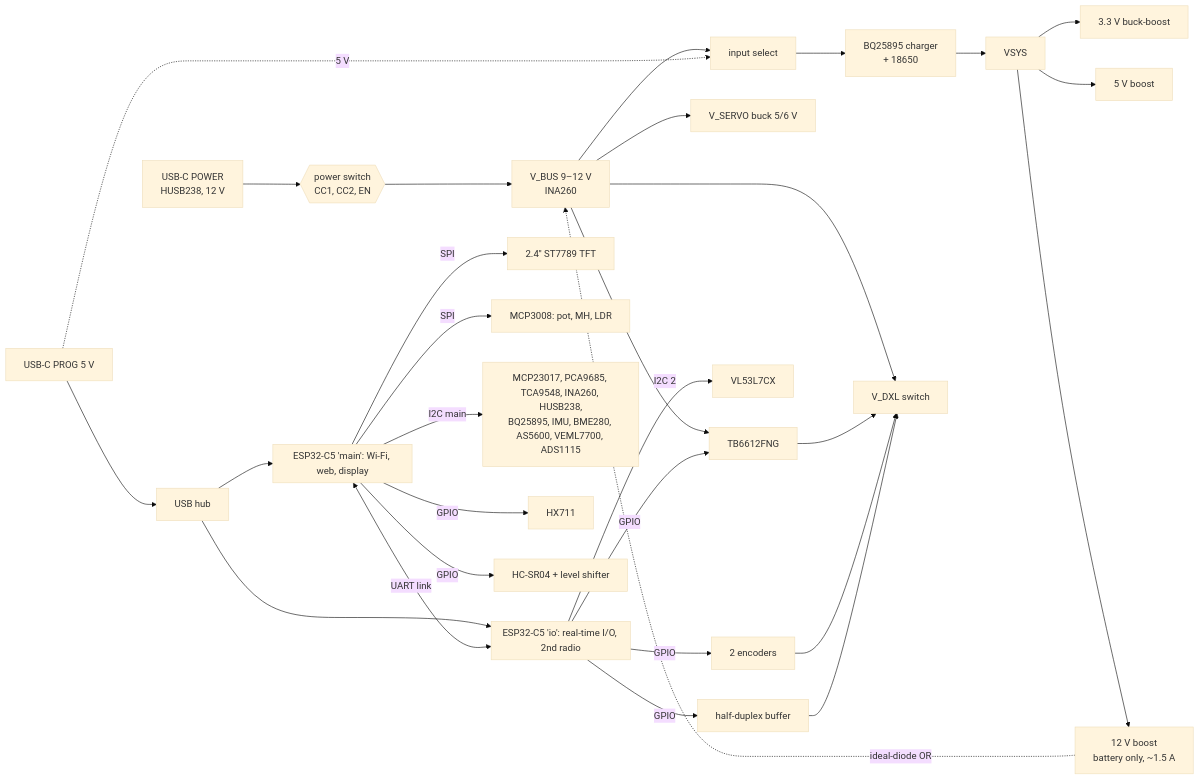
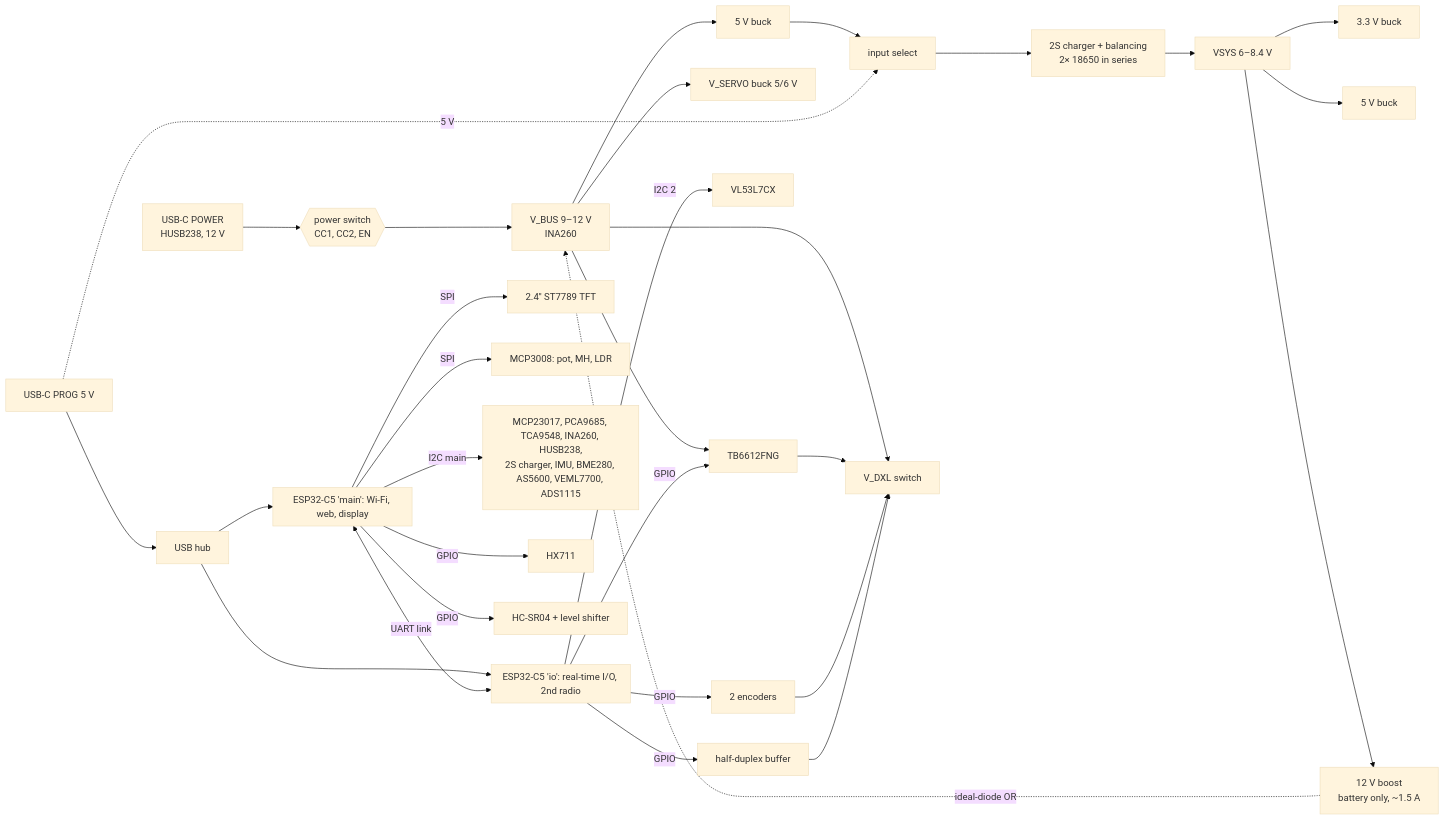
One commit to vgroenhuis/SensorTestSetup changed the diagram in Electronics_KiCad/PCB_SPEC.md. Above: the diagram before and after it, drawn with Mermaid (base theme). The commit also changed other lines of this file, not shown here.

First line of the commit message:
PCB specification draft 0.4: battery 2x 18650 in series (2S)

````diff
--- a/Electronics_KiCad/PCB_SPEC.md
+++ b/Electronics_KiCad/PCB_SPEC.md
@@ -43,24 +43,24 @@
 ```mermaid
 flowchart LR
   PD[USB-C POWER<br>HUSB238, 12 V] --> SW{{power switch<br>CC1, CC2, EN}}
   SW --> VBUS[V_BUS 9–12 V<br>INA260]
   PROG[USB-C PROG 5 V] --> HUB[USB hub]
   HUB --> A & B
-  VBUS --> MUX[input select] --> CHG[BQ25895 charger<br>+ 18650]
+  VBUS --> C5V[5 V buck] --> MUX[input select] --> CHG[2S charger + balancing<br>2× 18650 in series]
   PROG -. 5 V .-> MUX
-  CHG --> VSYS[VSYS] --> R33[3.3 V buck-boost] & R5[5 V boost] & B12[12 V boost<br>battery only, ~1.5 A]
+  CHG --> VSYS[VSYS 6–8.4 V] --> R33[3.3 V buck] & R5[5 V buck] & B12[12 V boost<br>battery only, ~1.5 A]
   B12 -. ideal-diode OR .-> VBUS
   VBUS --> SERVO[V_SERVO buck 5/6 V] & MOT[TB6612FNG] & DXL[V_DXL switch]
   subgraph A[ESP32-C5 'main': Wi-Fi, web, display]
     direction TB
   end
   subgraph B[ESP32-C5 'io': real-time I/O, 2nd radio]
     direction TB
   end
   A <-- UART link --> B
   A -- SPI --> TFT[2.4'' ST7789 TFT] & ADC8[MCP3008: pot, MH, LDR]
-  A -- I2C main --> I2CDEV[MCP23017, PCA9685, TCA9548, INA260, HUSB238,<br>BQ25895, IMU, BME280, AS5600, VEML7700, ADS1115]
+  A -- I2C main --> I2CDEV[MCP23017, PCA9685, TCA9548, INA260, HUSB238,<br>2S charger, IMU, BME280, AS5600, VEML7700, ADS1115]
   A -- GPIO --> HX[HX711] & US[HC-SR04 + level shifter]
   B -- I2C 2 --> TOF[VL53L7CX]
   B -- GPIO --> MOT & ENC[2 encoders] & DXLBUF[half-duplex buffer] --> DXL
 ```
````
